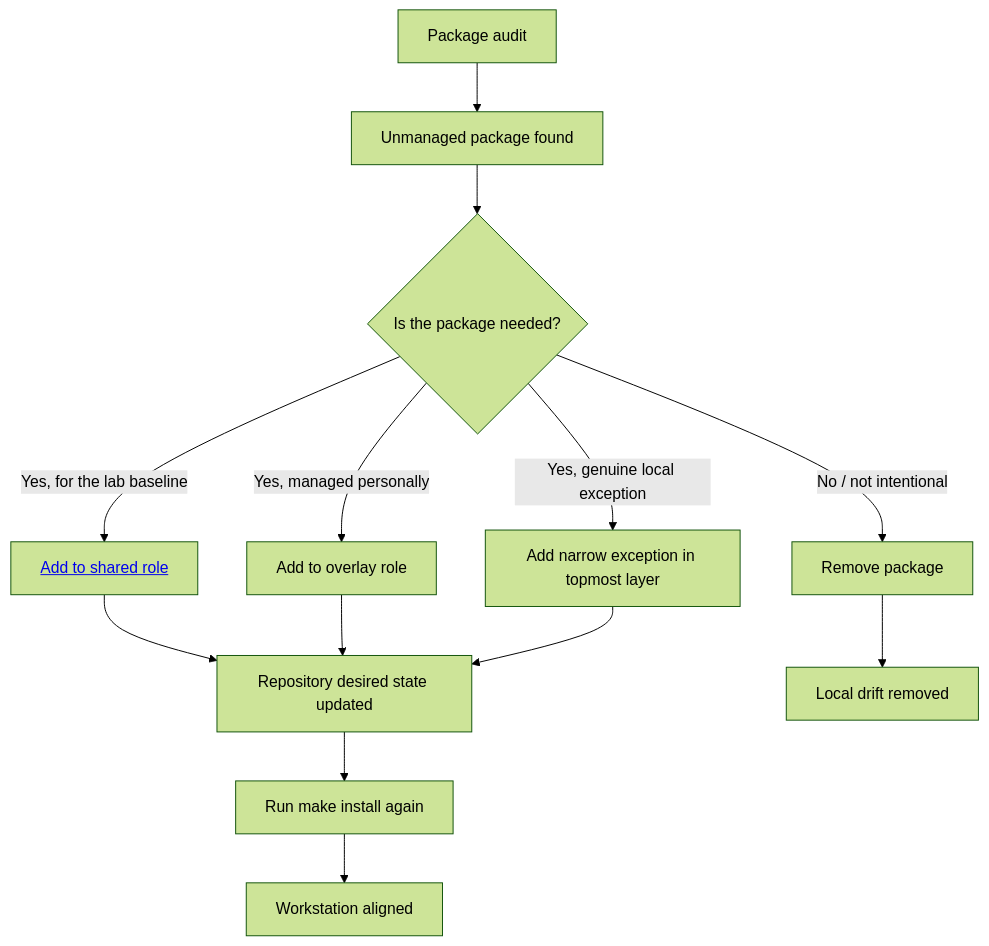
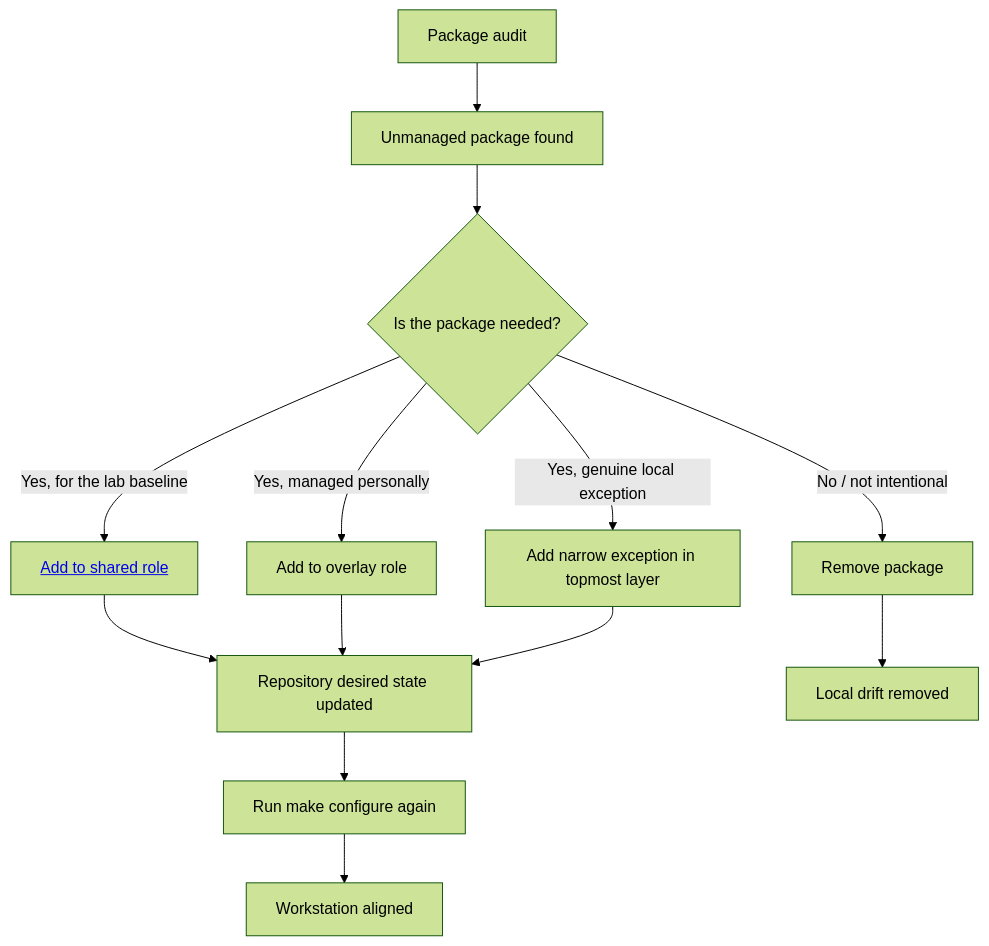
The diagram in docs/update_software.qmd (fs-ise/workstation-setup), drawn with Mermaid (forest theme) before and after one commit. The commit also changed other lines of this file and 17 other files, not shown here.

````diff
--- a/docs/update_software.qmd
+++ b/docs/update_software.qmd
@@ -99,19 +52,19 @@
 ```{mermaid}
 flowchart TD
   A[Package audit] --> F[Unmanaged package found]
 
   F --> Q{Is the package needed?}
 
   Q -->|No / not intentional| R[Remove package]
   Q -->|Yes, for the lab baseline| M["<a href='https://github.com/fs-ise/workstation-setup/tree/main/roles' target=_blank>Add to shared role</a>"]
   Q -->|Yes, managed personally| O[Add to overlay role]
   Q -->|Yes, genuine local exception| L[Add narrow exception in topmost layer]
 
   M --> DS[Repository desired state updated]
   O --> DS
   L --> DS
   R --> C[Local drift removed]
 
-  DS --> U[Run make install again]
+  DS --> U[Run make configure again]
   U --> W[Workstation aligned]
 ```
````
